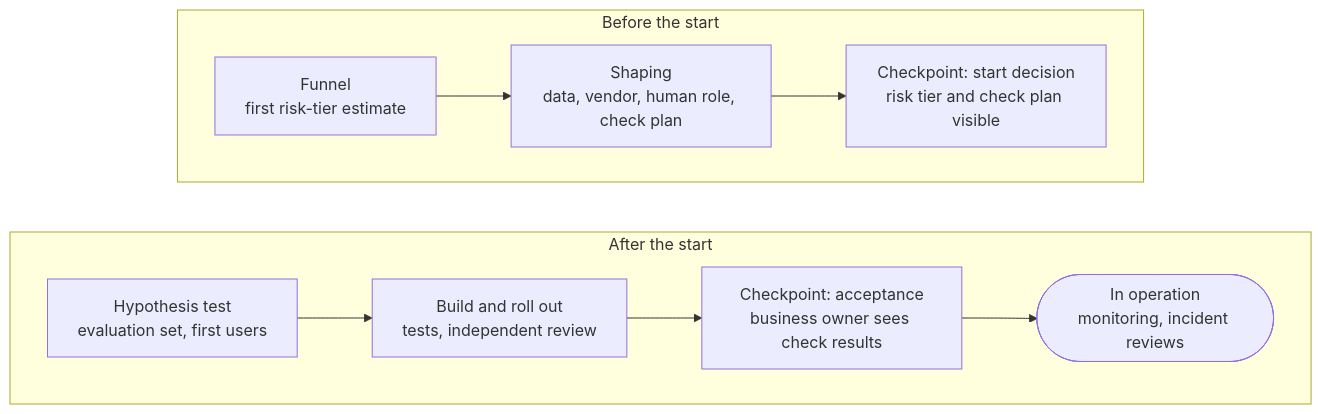
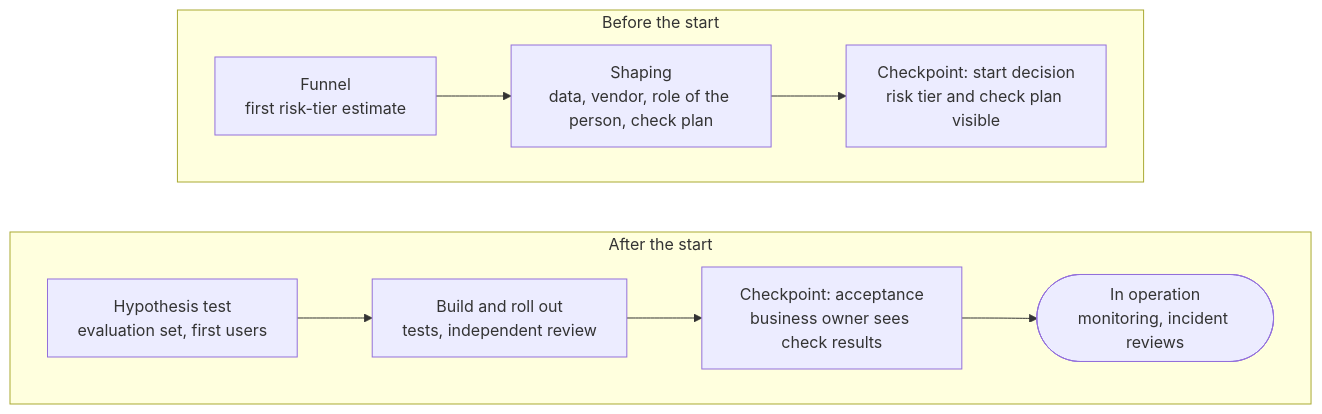
The diagram in html/aicc/v2/sources/content/en/responsible-ai/how-we-apply-it.md (devhogu/ob-aicc), drawn with Mermaid before and after one commit. The commit also changed other lines of this file and 566 other files, not shown here.

````diff
--- a/html/aicc/v2/sources/content/en/responsible-ai/how-we-apply-it.md
+++ b/html/aicc/v2/sources/content/en/responsible-ai/how-we-apply-it.md
@@ -43,16 +43,16 @@
 ```mermaid
 %% caption: Checks along the path: the risk tier sets how deep they go.
 flowchart TB
   subgraph R1["Before the start"]
     direction LR
-    A["Funnel<br/>first risk-tier estimate"] --> B["Shaping<br/>data, vendor, human role, check plan"]
+    A["Funnel<br/>first risk-tier estimate"] --> B["Shaping<br/>data, vendor, role of the person, check plan"]
     B --> G1["Checkpoint: start decision<br/>risk tier and check plan visible"]
   end
   subgraph R2["After the start"]
     direction LR
     C["Hypothesis test<br/>evaluation set, first users"] --> D["Build and roll out<br/>tests, independent review"]
     D --> G2["Checkpoint: acceptance<br/>business owner sees check results"]
     G2 --> E(["In operation<br/>monitoring, incident reviews"])
   end
   R1 ~~~ R2
 ```
````
